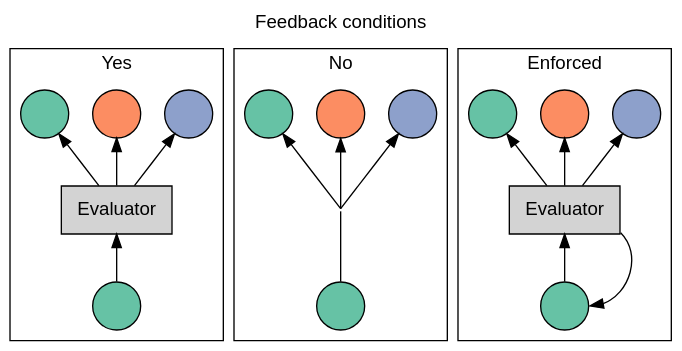
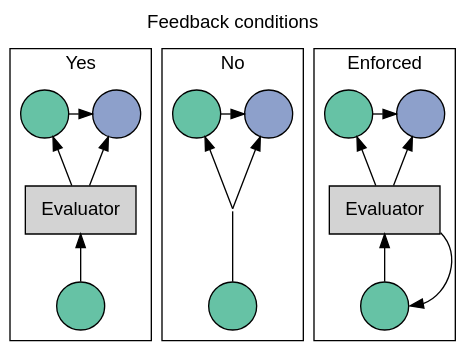
One commit to pedmiston/diachronic-teams changed the diagram in evoteams/inst/extdata/feedback.gv. Above: the diagram before and after it, drawn with Graphviz. The commit also changed 5 other files, not shown here.

```diff
--- a/evoteams/inst/extdata/feedback.gv
+++ b/evoteams/inst/extdata/feedback.gv
@@ -1,41 +1,43 @@
 digraph {
-  rankdir = BT;
+  rankdir=BT;
+  label="Feedback conditions";
+  labelloc="t";
+  fontname=helvetica;
+  bgcolor=transparent;
+
   node[label="", shape=circle, fontname=helvetica; style=filled];
   edge[fontname=helvetica];
-  bgcolor=transparent;
-
-  fontname=helvetica;
-  label = "Feedback conditions";
-  labelloc="t";
 
   // Colors are people
   y1, n1, e1, ya, na, ea[fillcolor="#66C2A5"];
-  yb, nb, eb[fillcolor="#FC8D62"];
-  yc, nc, ec[fillcolor="#8DA0CB"];
+  yb, nb, eb[fillcolor="#8DA0CB"];
 
   // Shapes
   yfeedback, efeedback[shape=rect, label="Evaluator"];
   nfeedback[style=none, shape=none, width=0]
 
   subgraph cluster0 {
     label = "Yes";
     labelloc = "b";
-    y1 -> yfeedback -> {ya, yb, yc};
+    y1 -> yfeedback -> {ya, yb};
+    ya -> yb[constraint=false];
   }
 
   subgraph cluster1 {
     label = "No";
     labelloc = "b";
     n1 -> nfeedback[arrowhead=none, headclip=false];
-    nfeedback -> {na, nb, nc}[tailclip=false];
+    nfeedback -> {na, nb}[tailclip=false];
+    na -> nb[constraint=false];
   }
 
   subgraph cluster2 {
     label = "Enforced";
     labelloc = "b";
     e1 -> efeedback;
     efeedback -> e1[tailport=se, headport=e, weight=0];
-    efeedback -> {ea, eb, ec};
+    efeedback -> {ea, eb};
+    ea -> eb[constraint=false];
   }
 
 }
```
